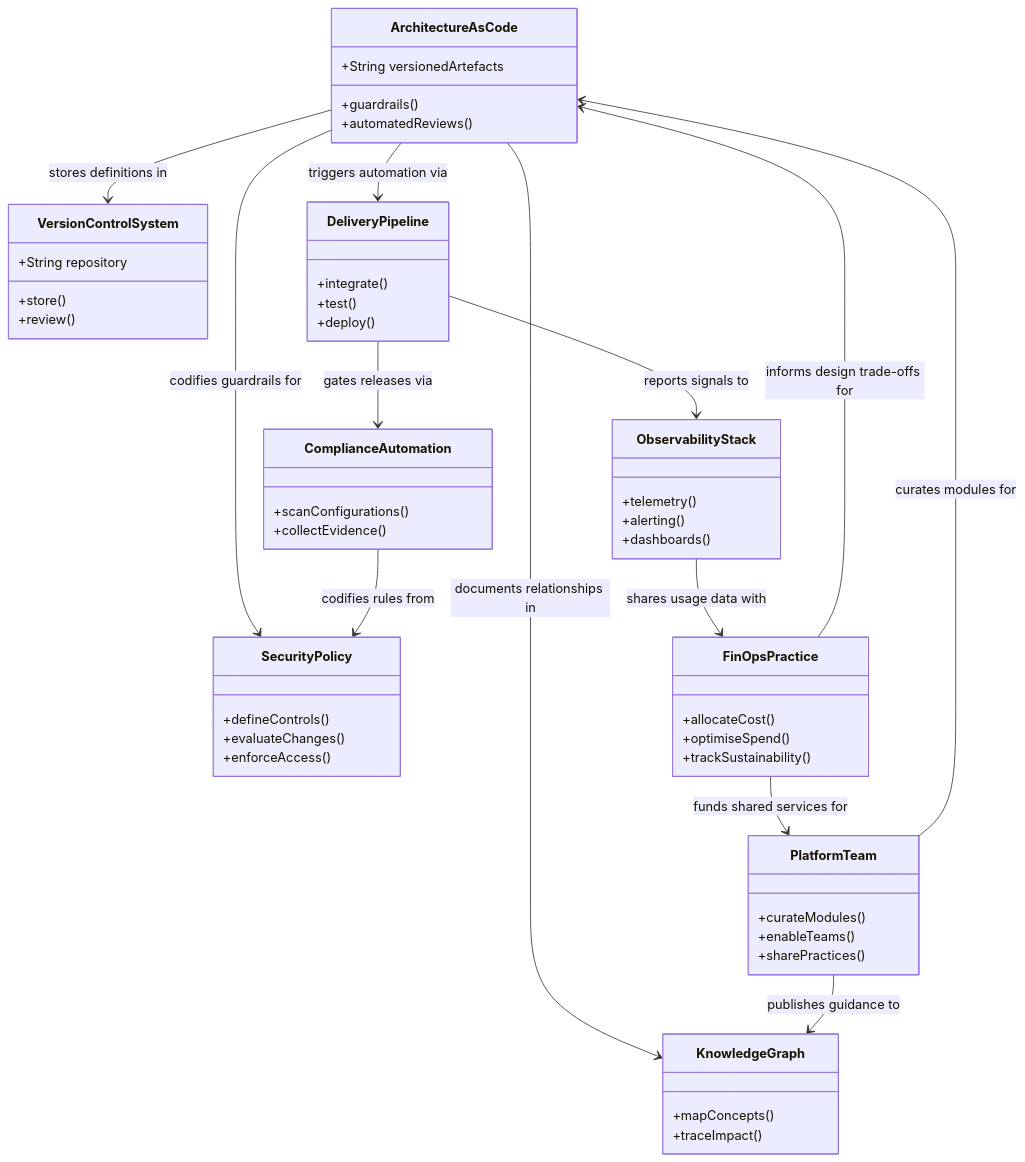
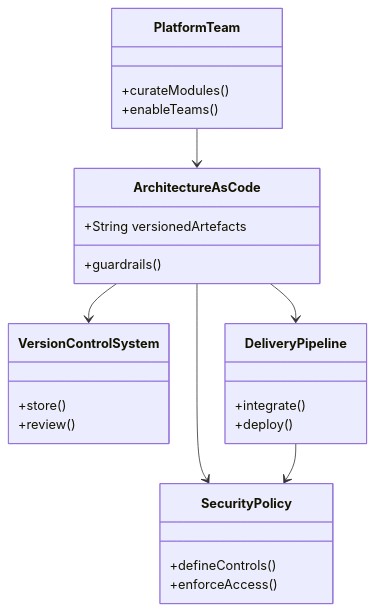
One commit to Geonitab/architecture_as_code changed the diagram in docs/images/diagram_23_glossary_class.mmd. Above: the diagram before and after it, drawn with Mermaid. The commit also changed 15 other files, not shown here.

First line of the commit message:
Enhance Gantt chart styling with Kvadrat brand consistency (#1506)

```diff
--- a/docs/images/diagram_23_glossary_class.mmd
+++ b/docs/images/diagram_23_glossary_class.mmd
@@ -1,65 +1,31 @@
 classDiagram
     class ArchitectureAsCode {
         +String versionedArtefacts
         +guardrails()
-        +automatedReviews()
     }
 
     class VersionControlSystem {
-        +String repository
         +store()
         +review()
     }
 
     class DeliveryPipeline {
         +integrate()
-        +test()
         +deploy()
+    }
+
+    class SecurityPolicy {
+        +defineControls()
+        +enforceAccess()
     }
 
     class PlatformTeam {
         +curateModules()
         +enableTeams()
-        +sharePractices()
     }
 
-    class SecurityPolicy {
-        +defineControls()
-        +evaluateChanges()
-        +enforceAccess()
-    }
-
-    class ComplianceAutomation {
-        +scanConfigurations()
-        +collectEvidence()
-    }
-
-    class ObservabilityStack {
-        +telemetry()
-        +alerting()
-        +dashboards()
-    }
-
-    class FinOpsPractice {
-        +allocateCost()
-        +optimiseSpend()
-        +trackSustainability()
-    }
-
-    class KnowledgeGraph {
-        +mapConcepts()
-        +traceImpact()
-    }
-
-    ArchitectureAsCode --> VersionControlSystem : stores definitions in
-    ArchitectureAsCode --> DeliveryPipeline : triggers automation via
-    ArchitectureAsCode --> SecurityPolicy : codifies guardrails for
-    ArchitectureAsCode --> KnowledgeGraph : documents relationships in
-    PlatformTeam --> ArchitectureAsCode : curates modules for
-    PlatformTeam --> KnowledgeGraph : publishes guidance to
-    DeliveryPipeline --> ObservabilityStack : reports signals to
-    DeliveryPipeline --> ComplianceAutomation : gates releases via
-    ComplianceAutomation --> SecurityPolicy : codifies rules from
-    ObservabilityStack --> FinOpsPractice : shares usage data with
-    FinOpsPractice --> PlatformTeam : funds shared services for
-    FinOpsPractice --> ArchitectureAsCode : informs design trade-offs for
+    ArchitectureAsCode --> VersionControlSystem
+    ArchitectureAsCode --> DeliveryPipeline
+    ArchitectureAsCode --> SecurityPolicy
+    PlatformTeam --> ArchitectureAsCode
+    DeliveryPipeline --> SecurityPolicy
```
